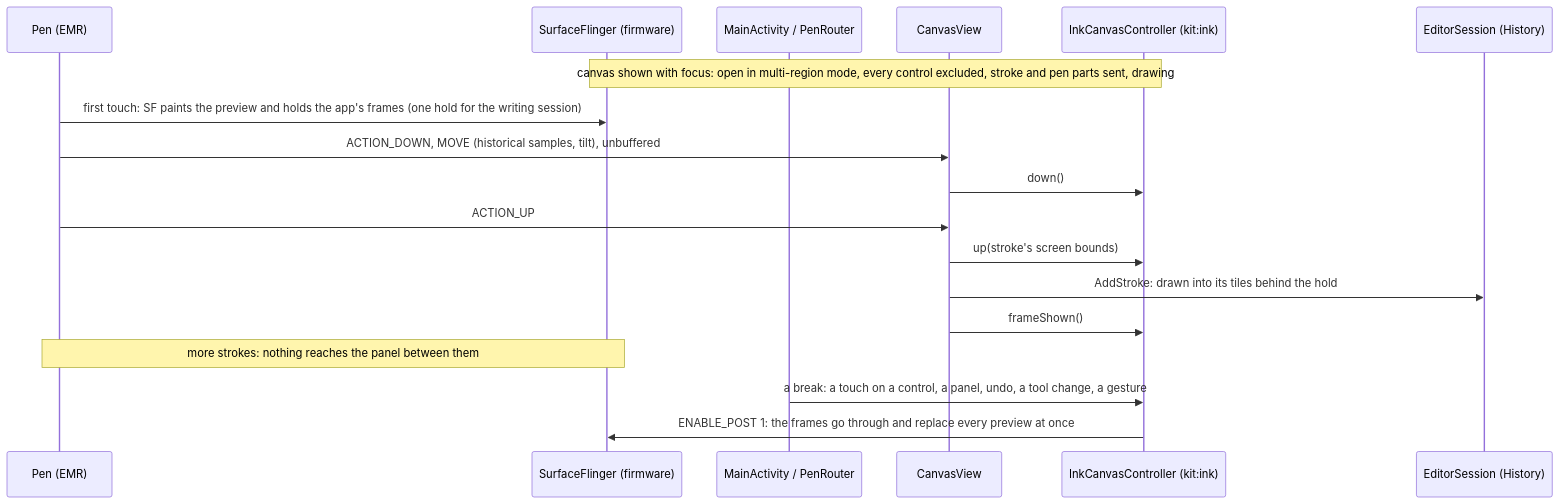
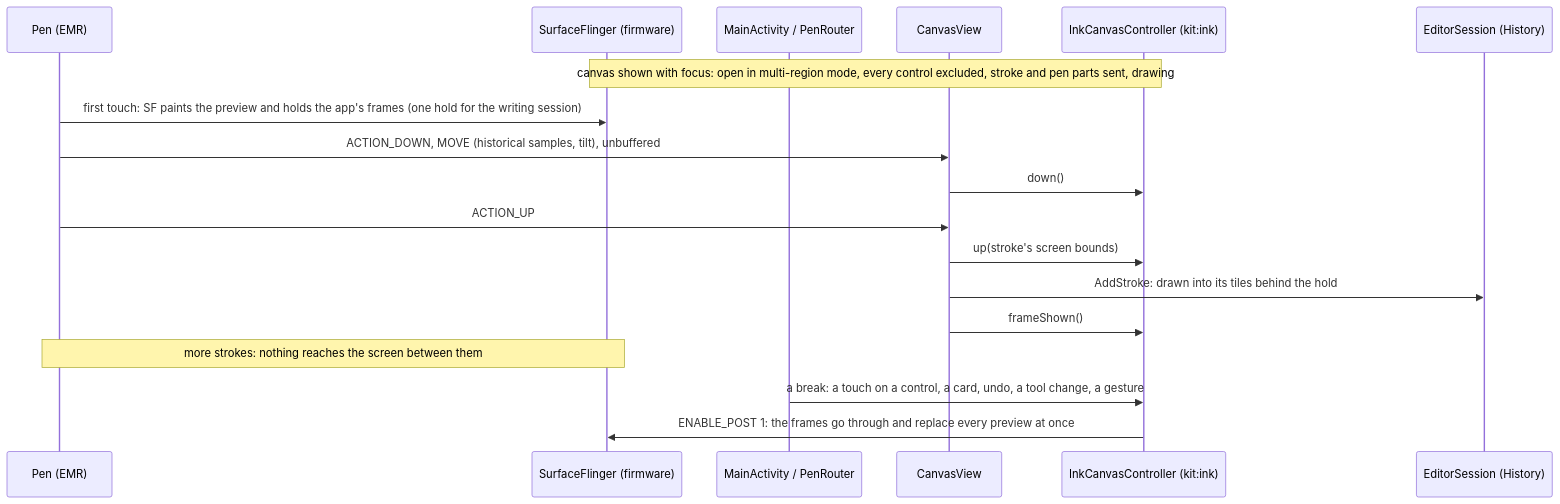
One commit to huuunleashed/BooxUltimatum changed the diagram in docs/08-nib.md. Above: the diagram before and after it, drawn with Mermaid. The commit also changed other lines of this file and 22 other files, not shown here.

````diff
--- a/docs/08-nib.md
+++ b/docs/08-nib.md
@@ -24,20 +26,20 @@
 ```mermaid
 sequenceDiagram
     participant Pen as Pen (EMR)
     participant SF as SurfaceFlinger (firmware)
     participant Act as MainActivity / PenRouter
     participant View as CanvasView
     participant Ctl as InkCanvasController (kit:ink)
     participant Doc as EditorSession (History)
     Note over Ctl,SF: canvas shown with focus: open in multi-region mode, every control excluded, stroke and pen parts sent, drawing
     Pen->>SF: first touch: SF paints the preview and holds the app's frames (one hold for the writing session)
     Pen->>View: ACTION_DOWN, MOVE (historical samples, tilt), unbuffered
     View->>Ctl: down()
     Pen->>View: ACTION_UP
     View->>Ctl: up(stroke's screen bounds)
     View->>Doc: AddStroke: drawn into its tiles behind the hold
     View->>Ctl: frameShown()
-    Note over Pen,SF: more strokes: nothing reaches the panel between them
-    Act->>Ctl: a break: a touch on a control, a panel, undo, a tool change, a gesture
+    Note over Pen,SF: more strokes: nothing reaches the screen between them
+    Act->>Ctl: a break: a touch on a control, a card, undo, a tool change, a gesture
     Ctl->>SF: ENABLE_POST 1: the frames go through and replace every preview at once
 ```
````
